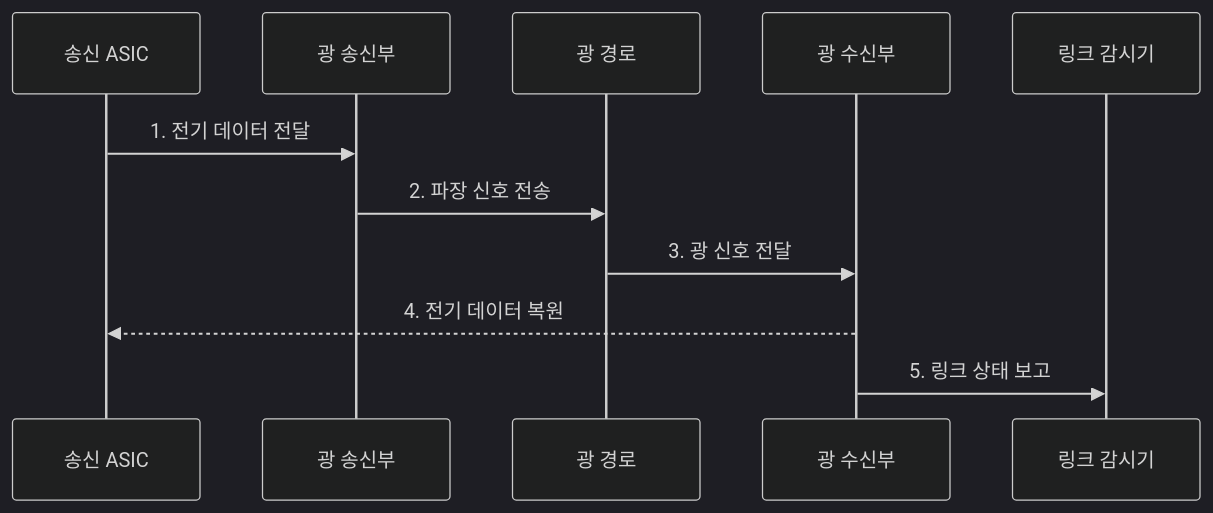
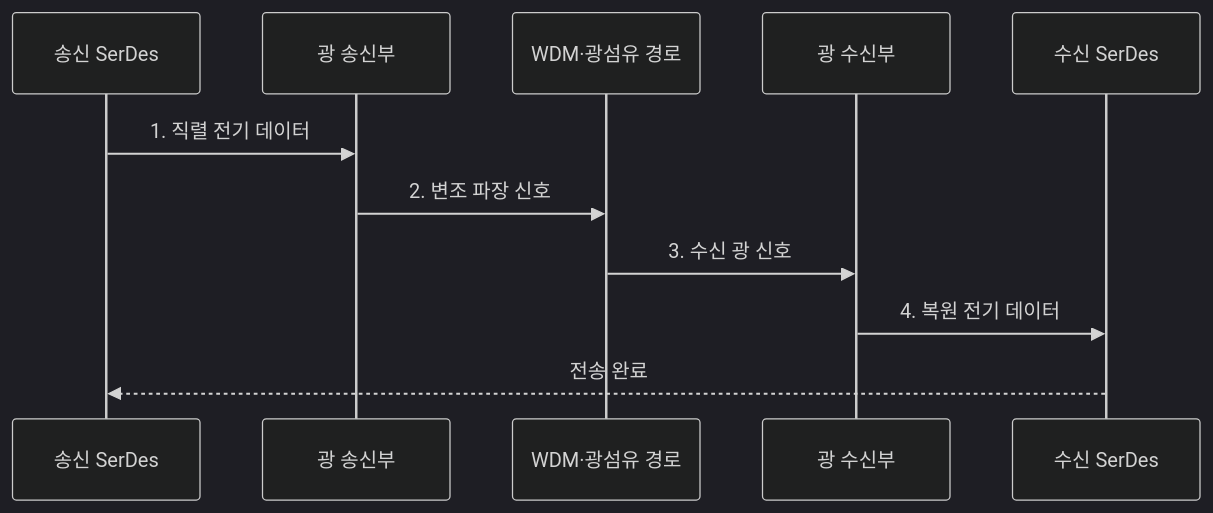
The second of 2 diagrams in src/content/docs/notes/02-hardware/089_optical_interconnect.md (agnusdei1207/knowledge-base), drawn with Mermaid (dark theme) before and after one commit. The commit also changed other lines of this file and 14 other files, not shown here.

````diff
--- a/src/content/docs/notes/02-hardware/089_optical_interconnect.md
+++ b/src/content/docs/notes/02-hardware/089_optical_interconnect.md
@@ -102,13 +102,13 @@
 ```mermaid
 sequenceDiagram
-    participant S as 송신 ASIC
+    participant S as 송신 SerDes
     participant T as 광 송신부
-    participant F as 광 경로
+    participant F as WDM·광섬유 경로
     participant R as 광 수신부
-    participant M as 링크 감시기
-    S->>T: 1. 전기 데이터 전달
-    T->>F: 2. 파장 신호 전송
-    F->>R: 3. 광 신호 전달
-    R-->>S: 4. 전기 데이터 복원
-    R->>M: 5. 링크 상태 보고
+    participant D as 수신 SerDes
+    S->>T: 1. 직렬 전기 데이터
+    T->>F: 2. 변조 파장 신호
+    F->>R: 3. 수신 광 신호
+    R->>D: 4. 복원 전기 데이터
+    D-->>S: 전송 완료
 ```
````
